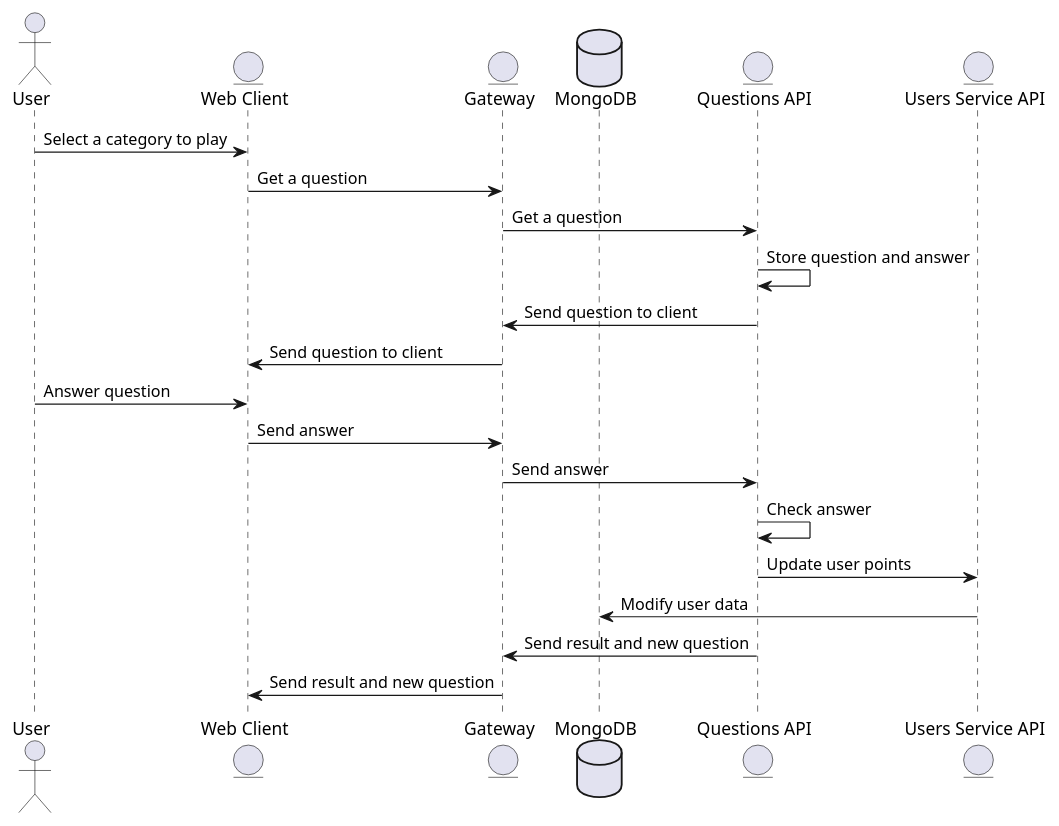
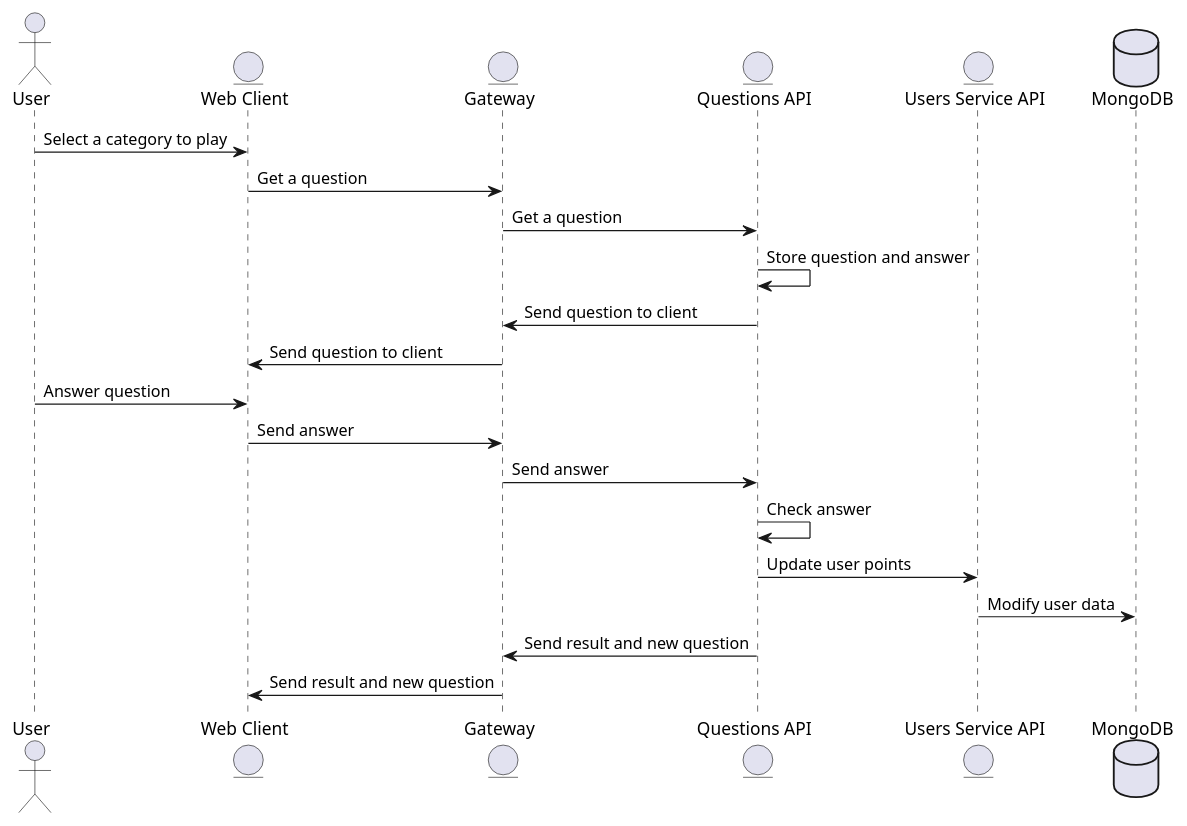
Before and after one commit to Arquisoft/wiq_en1a: the second of 2 diagrams in docs/src/06_runtime_view.adoc, drawn with PlantUML. The commit also changed other lines of this file, not shown here.

Commit message:
Corrected placement of DB in runtime view playing diagram

```diff
--- a/docs/src/06_runtime_view.adoc
+++ b/docs/src/06_runtime_view.adoc
@@ -37,24 +37,24 @@
 [plantuml, "playing_diagram", png]
 ----
 actor User
 entity WEBC as "Web Client"
 entity GW as "Gateway"
-database DB as "MongoDB"
 entity QU as "Questions API"
 entity USERS as "Users Service API"
+database DB as "MongoDB"
 
 User -> WEBC: Select a category to play
 WEBC -> GW: Get a question
 GW -> QU: Get a question
 QU -> QU: Store question and answer
 QU -> GW: Send question to client
 GW -> WEBC: Send question to client
 User -> WEBC: Answer question
 WEBC -> GW: Send answer
 GW -> QU: Send answer
 QU -> QU: Check answer
 QU -> USERS: Update user points
 USERS -> DB: Modify user data
 QU -> GW: Send result and new question
 GW -> WEBC: Send result and new question
 ----
```
